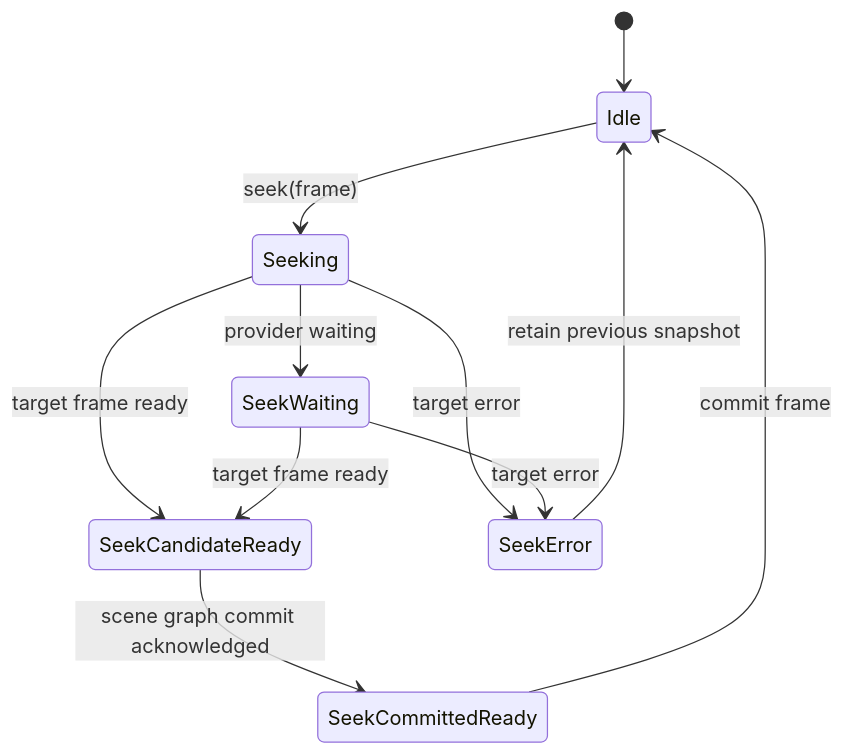
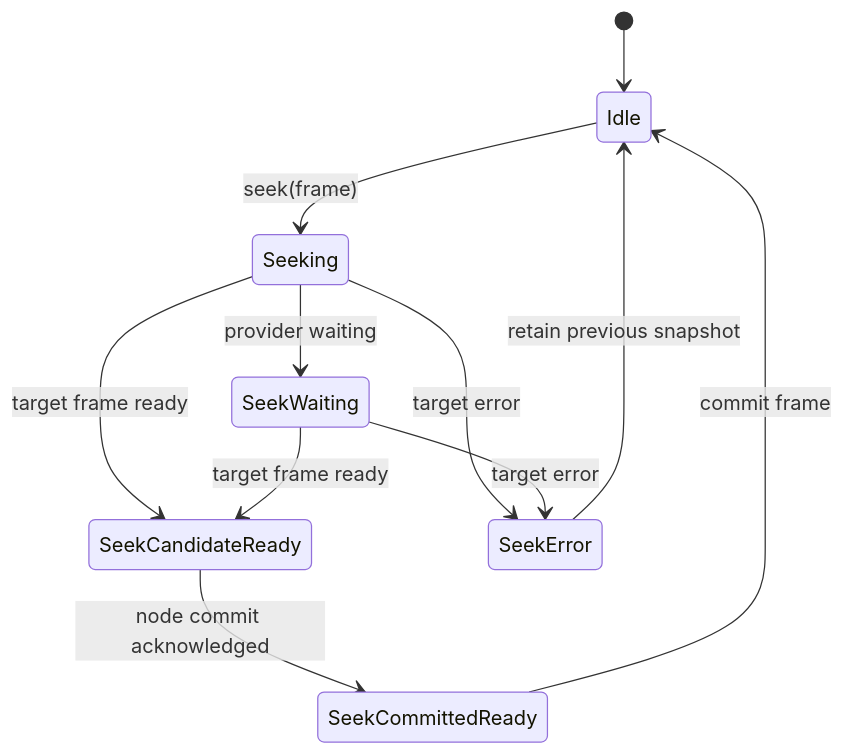
The fourth of 5 diagrams in docs/architecture/playback-state-machine.md (hnjae/kiriview), drawn with Mermaid before and after one commit. The commit also changed other lines of this file and 12 other files, not shown here.

First line of the commit message:
docs(imageviewport): consolidate sequence and render contracts

````diff
--- a/docs/architecture/playback-state-machine.md
+++ b/docs/architecture/playback-state-machine.md
@@ -126,13 +145,13 @@
 ```mermaid
 stateDiagram-v2
     [*] --> Idle
     Idle --> Seeking: seek(frame)
     Seeking --> SeekCandidateReady: target frame ready
     Seeking --> SeekWaiting: provider waiting
     SeekWaiting --> SeekCandidateReady: target frame ready
     Seeking --> SeekError: target error
     SeekWaiting --> SeekError: target error
-    SeekCandidateReady --> SeekCommittedReady: scene graph commit acknowledged
+    SeekCandidateReady --> SeekCommittedReady: node commit acknowledged
     SeekCommittedReady --> Idle: commit frame
     SeekError --> Idle: retain previous snapshot
 ```
````
